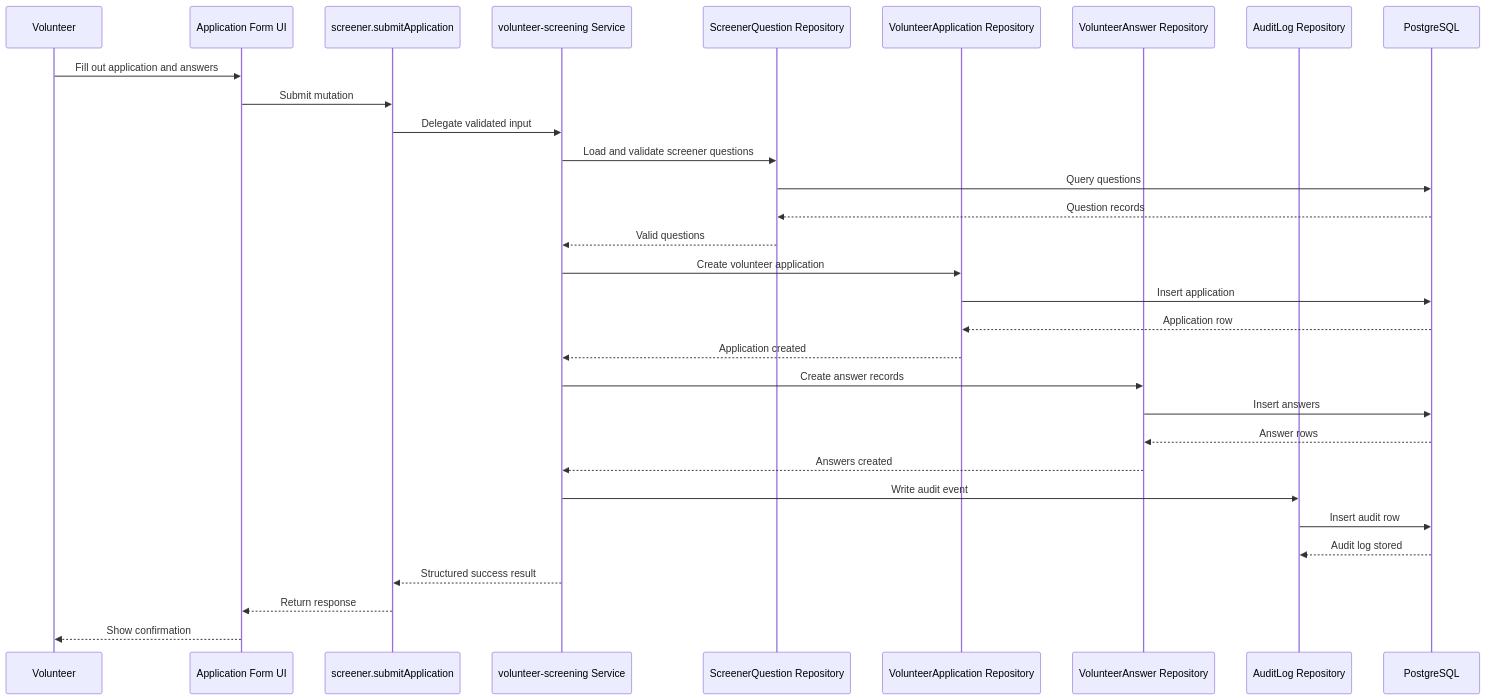
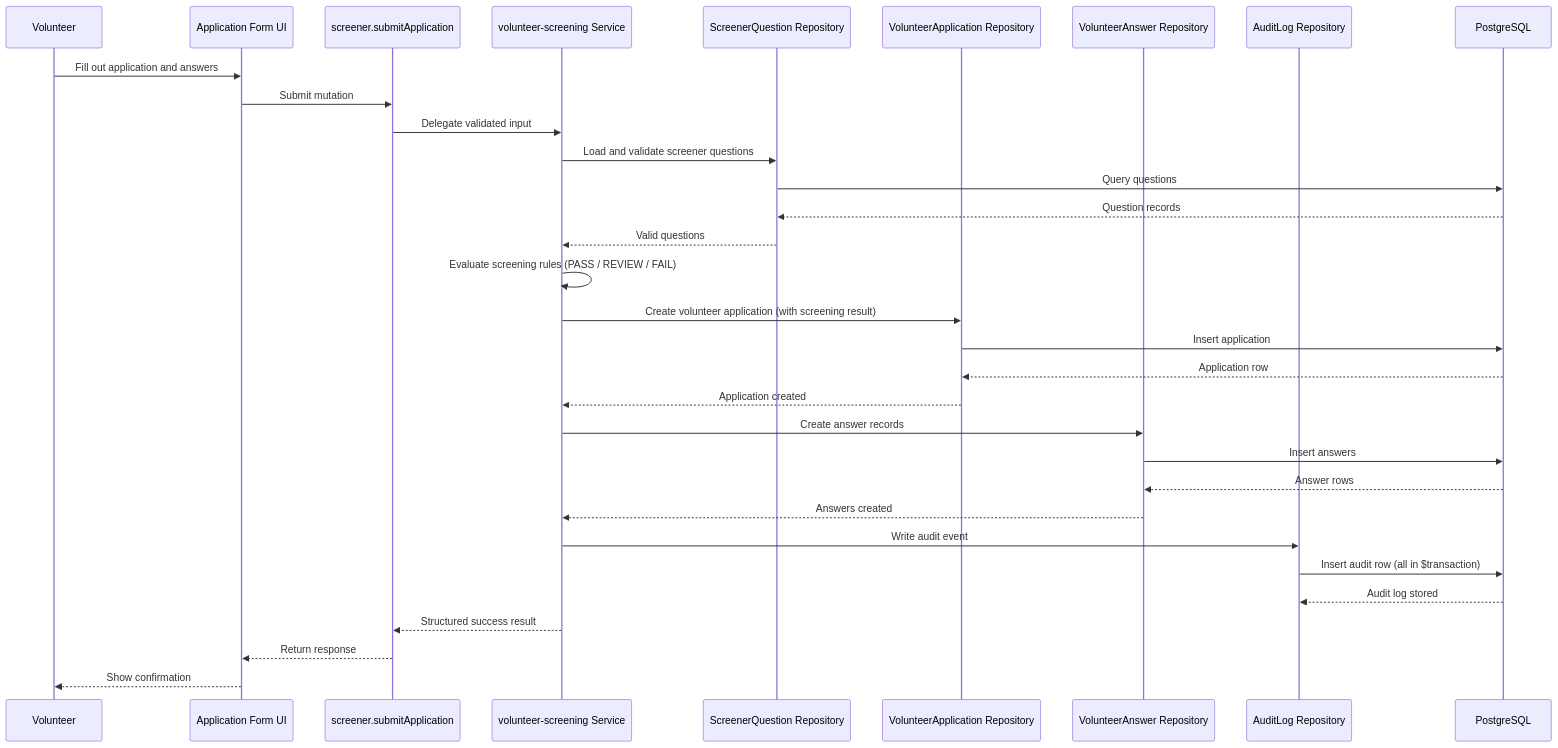
Before and after one commit to thehashrocket/volunteerready.org: the sixth of 11 diagrams in docs/SYSTEM_DIAGRAM.md, drawn with Mermaid. The commit also changed other lines of this file and 5 other files, not shown here.

First line of the commit message:
docs: sync project documentation with current architecture and domain model

````diff
--- a/docs/SYSTEM_DIAGRAM.md
+++ b/docs/SYSTEM_DIAGRAM.md
@@ -221,38 +299,40 @@
 ```mermaid
 sequenceDiagram
     participant V as Volunteer
     participant UI as Application Form UI
     participant R as screener.submitApplication
     participant S as volunteer-screening Service
     participant SQ as ScreenerQuestion Repository
     participant AR as VolunteerApplication Repository
     participant VR as VolunteerAnswer Repository
     participant AL as AuditLog Repository
     participant DB as PostgreSQL
 
     V->>UI: Fill out application and answers
     UI->>R: Submit mutation
     R->>S: Delegate validated input
     S->>SQ: Load and validate screener questions
     SQ->>DB: Query questions
     DB-->>SQ: Question records
     SQ-->>S: Valid questions
 
-    S->>AR: Create volunteer application
+    S->>S: Evaluate screening rules (PASS / REVIEW / FAIL)
+
+    S->>AR: Create volunteer application (with screening result)
     AR->>DB: Insert application
     DB-->>AR: Application row
     AR-->>S: Application created
 
     S->>VR: Create answer records
     VR->>DB: Insert answers
     DB-->>VR: Answer rows
     VR-->>S: Answers created
 
     S->>AL: Write audit event
-    AL->>DB: Insert audit row
+    AL->>DB: Insert audit row (all in $transaction)
     DB-->>AL: Audit log stored
 
     S-->>R: Structured success result
     R-->>UI: Return response
     UI-->>V: Show confirmation
 ```
````
